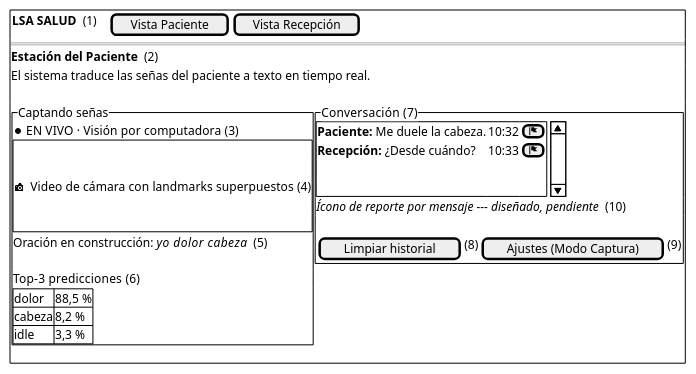
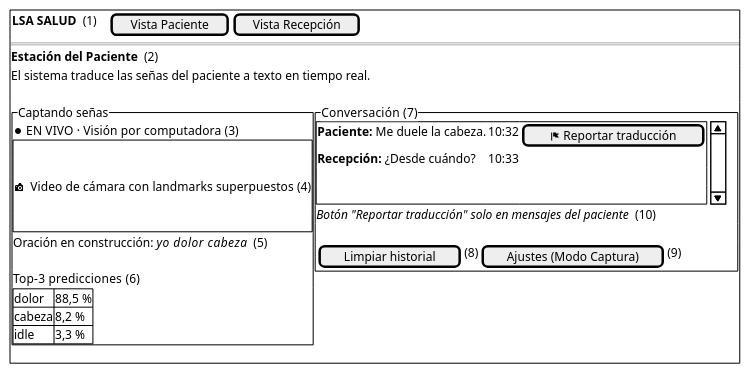
One commit to santinohamada/Nexora changed the diagram in docs/diagramas/04_mockup_p02_paciente.puml. Above: the diagram before and after it, drawn with PlantUML. The commit also changed 38 other files, not shown here.

```diff
--- a/docs/diagramas/04_mockup_p02_paciente.puml
+++ b/docs/diagramas/04_mockup_p02_paciente.puml
@@ -1,39 +1,39 @@
 @startsalt 04_mockup_p02_paciente
 {+
   { <b>LSA SALUD</b>  (1) | . | . | [Vista Paciente] | [Vista Recepción] }
   ==
   <b>Estación del Paciente</b>  (2)
   El sistema traduce las señas del paciente a texto en tiempo real.
   .
   {
     {^"Captando señas"
       <&media-record> EN VIVO · Visión por computadora  (3)
       {+
         .
         .
         <&camera-slr>  Video de cámara con landmarks superpuestos  (4)
         .
         .
       }
       Oración en construcción: <i>yo  dolor  cabeza</i>  (5)
       .
       Top-3 predicciones  (6)
       {#
         dolor  | 88,5 %
         cabeza | 8,2 %
         idle   | 3,3 %
       }
     } | {^"Conversación  (7)"
       {SI
-        <b>Paciente:</b> Me duele la cabeza.    | 10:32 | [<&flag>]
-        <b>Recepción:</b> ¿Desde cuándo?        | 10:33 | [<&flag>]
+        <b>Paciente:</b> Me duele la cabeza.    | 10:32 | [<&flag> Reportar traducción]
+        <b>Recepción:</b> ¿Desde cuándo?        | 10:33 | .
         .                                       | .     | .
         .                                       | .     | .
       }
-      <i>Ícono de reporte por mensaje --- diseñado, pendiente</i>  (10)
+      <i>Botón "Reportar traducción" solo en mensajes del paciente</i>  (10)
       .
       { [Limpiar historial] | (8) | [Ajustes (Modo Captura)] | (9) }
     }
   }
 }
 @endsalt
```
